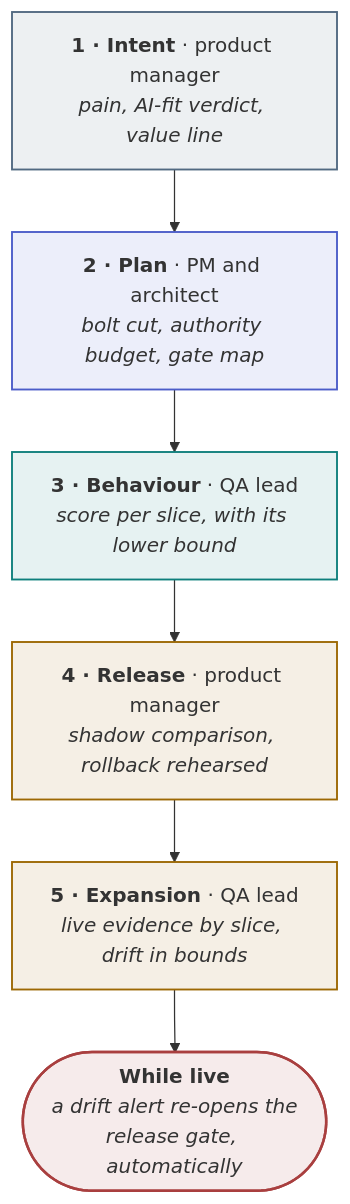
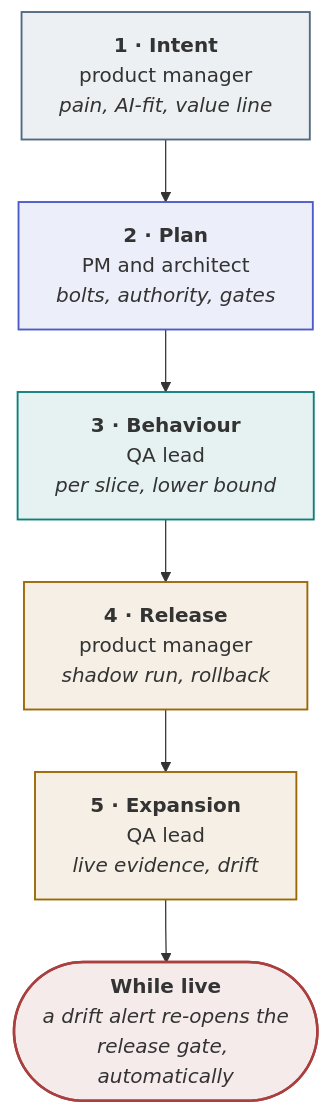
The diagram in site/content/learn/lessons/ai-governance-gates.md (akash-coded/aws-bedrock-agentcore-strands), drawn with Mermaid before and after one commit. The commit also changed 82 other files, not shown here.

````diff
--- a/site/content/learn/lessons/ai-governance-gates.md
+++ b/site/content/learn/lessons/ai-governance-gates.md
@@ -19,19 +19,19 @@
 ```mermaid
 flowchart TB
-  I["<b>1 · Intent</b> · product manager<br/><i>pain, AI-fit verdict, value line</i>"] --> P["<b>2 · Plan</b> · PM and architect<br/><i>bolt cut, authority budget, gate map</i>"]
-  P --> B["<b>3 · Behaviour</b> · QA lead<br/><i>score per slice, with its lower bound</i>"]
-  B --> R["<b>4 · Release</b> · product manager<br/><i>shadow comparison, rollback rehearsed</i>"]
-  R --> E["<b>5 · Expansion</b> · QA lead<br/><i>live evidence by slice, drift in bounds</i>"]
+  I["<b>1 · Intent</b><br/>product manager<br/><i>pain, AI-fit, value line</i>"] --> P["<b>2 · Plan</b><br/>PM and architect<br/><i>bolts, authority, gates</i>"]
+  P --> B["<b>3 · Behaviour</b><br/>QA lead<br/><i>per slice, lower bound</i>"]
+  B --> R["<b>4 · Release</b><br/>product manager<br/><i>shadow run, rollback</i>"]
+  R --> E["<b>5 · Expansion</b><br/>QA lead<br/><i>live evidence, drift</i>"]
   E --> D(["<b>While live</b><br/><i>a drift alert re-opens the<br/>release gate, automatically</i>"])
 
   classDef p0 fill:#5169811A,stroke:#516981,stroke-width:1.5px
   classDef p1 fill:#4B5CC81A,stroke:#4B5CC8,stroke-width:1.5px
   classDef p2 fill:#0E7F7C1A,stroke:#0E7F7C,stroke-width:1.5px
   classDef p3 fill:#9C68031A,stroke:#9C6803,stroke-width:1.5px
   classDef watch fill:#A93F3F1A,stroke:#A93F3F,stroke-width:2px
   class I p0
   class P p1
   class B p2
   class R,E p3
   class D watch
 ```
````
